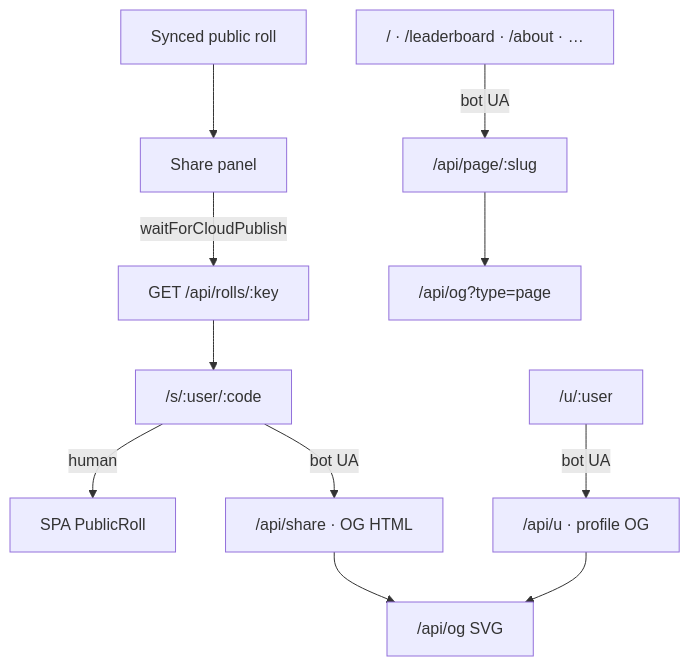
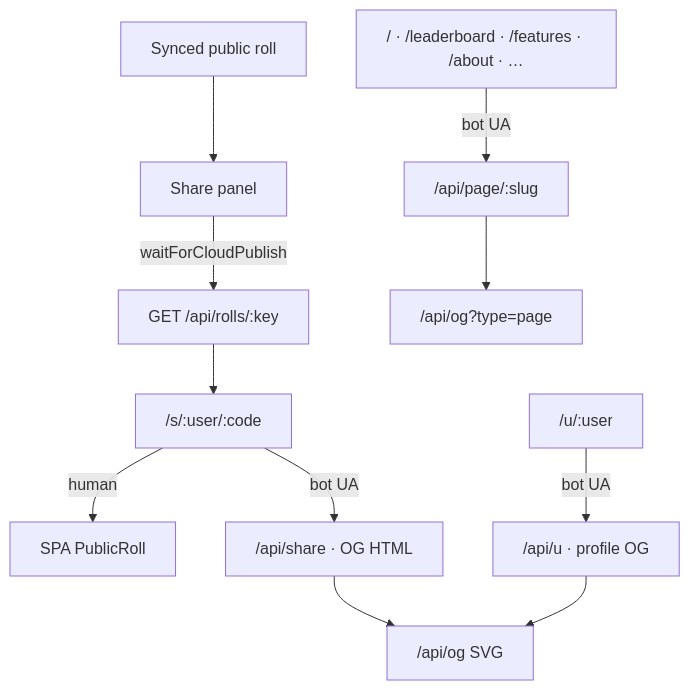
One commit to jondmarien/rngdle-unlocked changed the sixth of 6 diagrams in docs/ARCHITECTURE.md. Above: the diagram before and after it, drawn with Mermaid. The commit also changed other lines of this file and 29 other files, not shown here.

First line of the commit message:
feat: Best Roll leaderboard and Features tab (v0.6.0)

````diff
--- a/docs/ARCHITECTURE.md
+++ b/docs/ARCHITECTURE.md
@@ -157,13 +167,13 @@
 ```mermaid
 flowchart TB
   Roll[Synced public roll] --> Share[Share panel]
   Share -->|waitForCloudPublish| API["GET /api/rolls/:key"]
   API --> Vanity["/s/:user/:code"]
   Vanity -->|human| SPA[SPA PublicRoll]
   Vanity -->|bot UA| HTML["/api/share · OG HTML"]
   HTML --> Img["/api/og SVG"]
   Profile["/u/:user"] -->|bot UA| UHTML["/api/u · profile OG"]
   UHTML --> Img
-  Pages["/ · /leaderboard · /about · …"] -->|bot UA| PageHTML["/api/page/:slug"]
+  Pages["/ · /leaderboard · /features · /about · …"] -->|bot UA| PageHTML["/api/page/:slug"]
   PageHTML --> PageImg["/api/og?type=page"]
 ```
````
